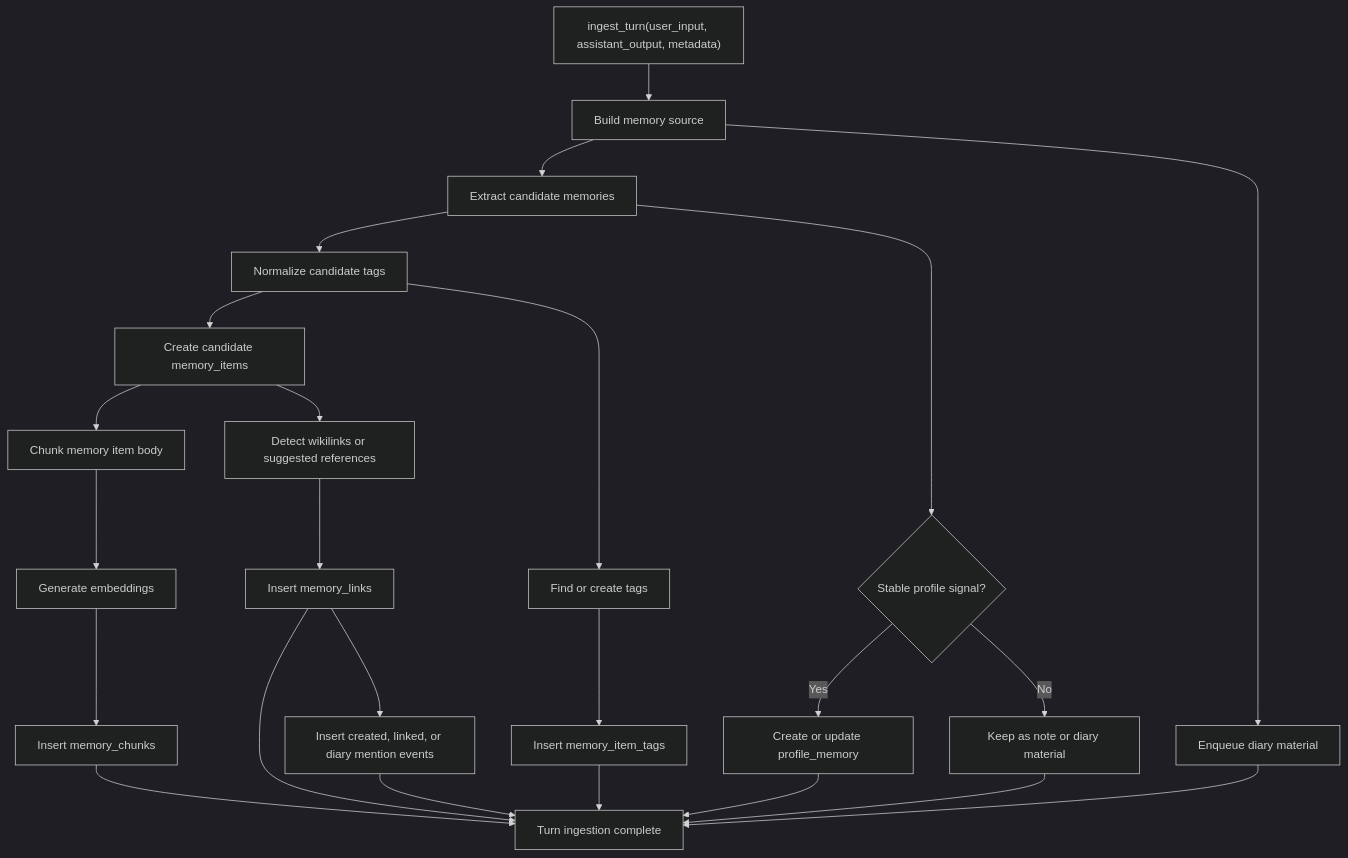
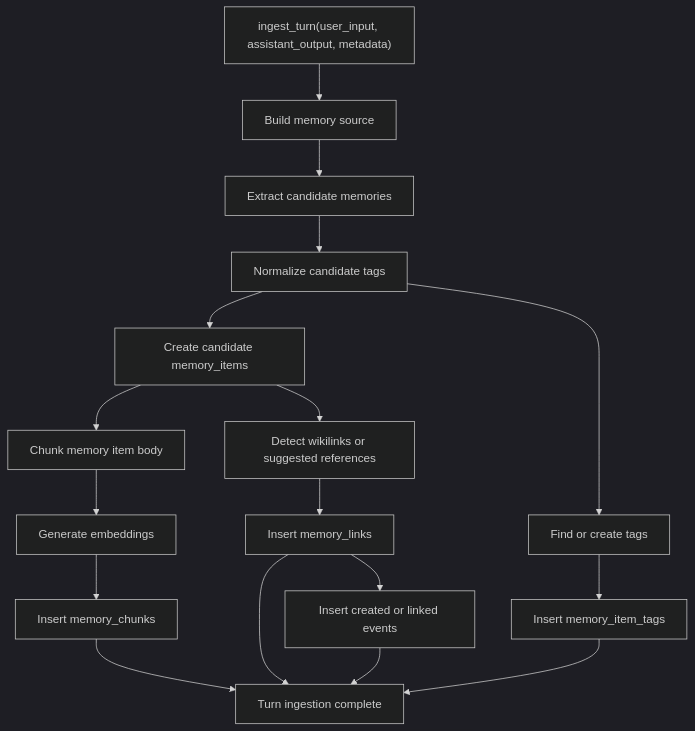
The third of 9 diagrams in docs/lifecycle.md (Oceankj/second_brain), drawn with Mermaid (dark theme) before and after one commit. The commit also changed other lines of this file and 19 other files, not shown here.

````diff
--- a/docs/lifecycle.md
+++ b/docs/lifecycle.md
@@ -58,32 +58,23 @@
 ```mermaid
 flowchart TD
   ingest["ingest_turn(user_input, assistant_output, metadata)"] --> source["Build memory source"]
   source --> extract["Extract candidate memories"]
   extract --> normalizeTags["Normalize candidate tags"]
 
   normalizeTags --> noteCandidate["Create candidate memory_items"]
   noteCandidate --> chunk["Chunk memory item body"]
   chunk --> embed["Generate embeddings"]
   embed --> saveChunks["Insert memory_chunks"]
 
   normalizeTags --> findTags["Find or create tags"]
   findTags --> itemTags["Insert memory_item_tags"]
 
   noteCandidate --> detectLinks["Detect wikilinks or suggested references"]
   detectLinks --> saveLinks["Insert memory_links"]
 
-  extract --> stableProfile{"Stable profile signal?"}
-  stableProfile -- "Yes" --> updateProfile["Create or update profile_memory"]
-  stableProfile -- "No" --> skipProfile["Keep as note or diary material"]
-
-  source --> enqueueDiary["Enqueue diary material"]
-
   saveChunks --> done["Turn ingestion complete"]
   itemTags --> done
   saveLinks --> done
-  saveLinks --> logWriteEvents["Insert created, linked, or diary mention events"]
+  saveLinks --> logWriteEvents["Insert created or linked events"]
   logWriteEvents --> done
-  updateProfile --> done
-  skipProfile --> done
-  enqueueDiary --> done
 ```
````
